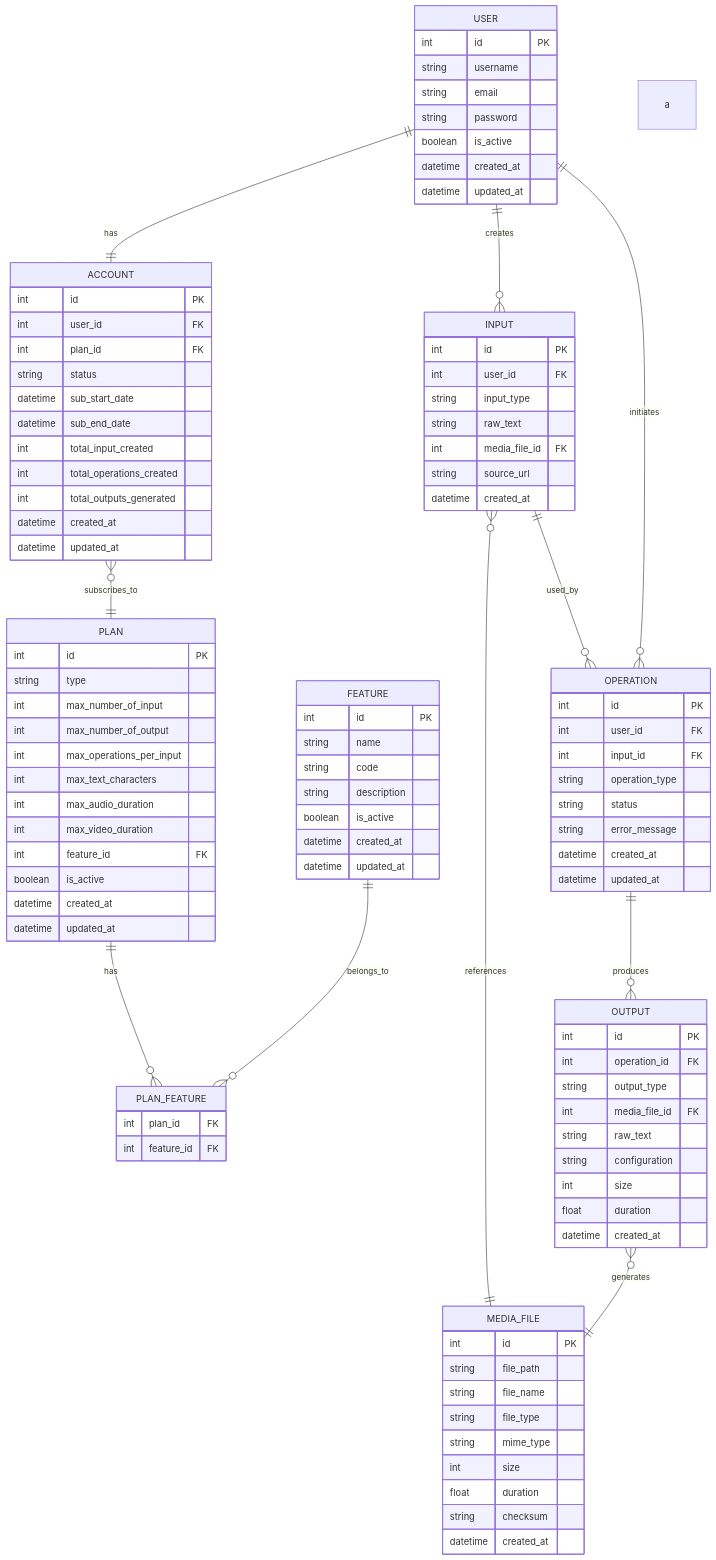
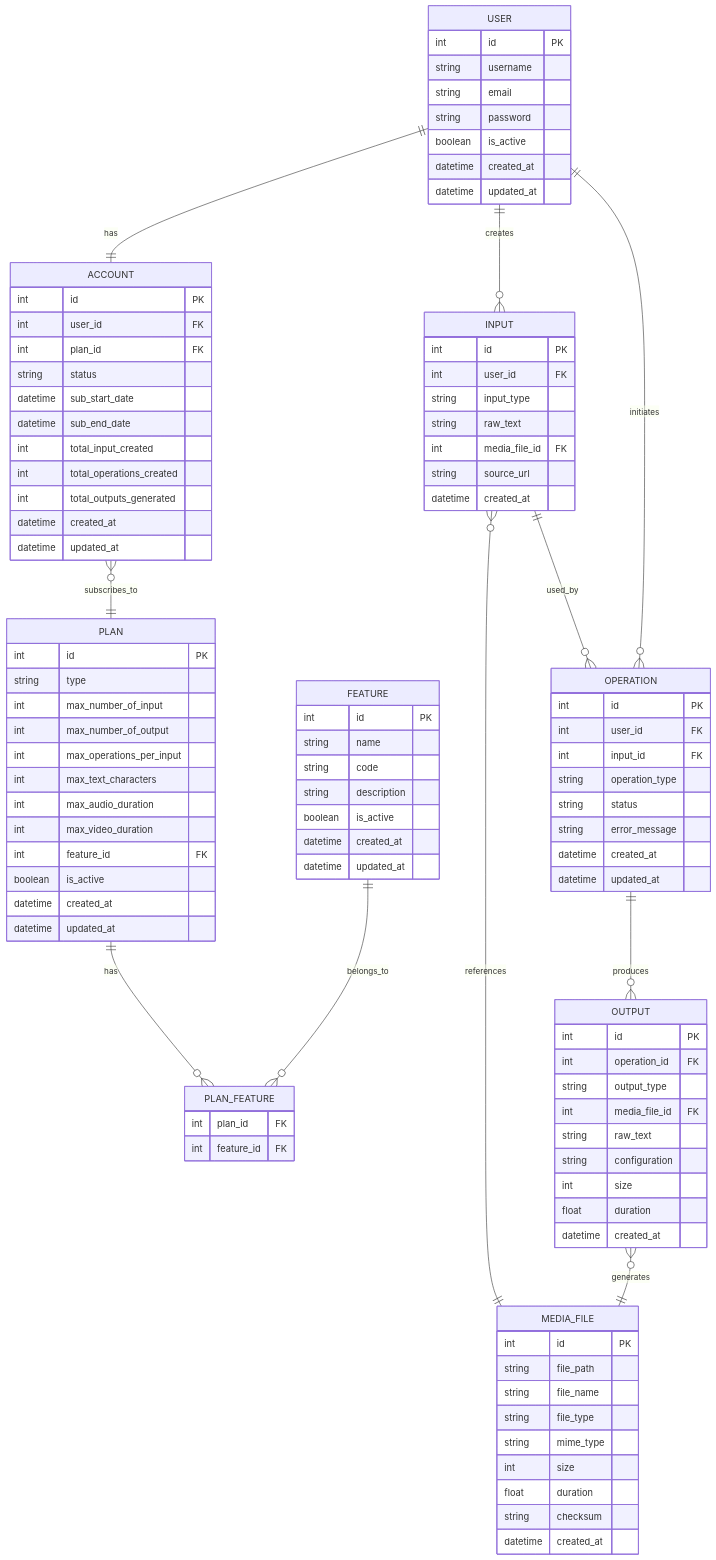
Before and after one commit to NelMatrix743/text-speaker-io: the diagram in ERD.md, drawn with Mermaid.

Commit message:
fix: resolve rendering error in ERD

```diff
--- a/ERD.md
+++ b/ERD.md
@@ -75,7 +75,7 @@
         int media_file_id FK
         string source_url
         datetime created_at
-    }a
+    }
 
     OPERATION {
         int id PK
```
